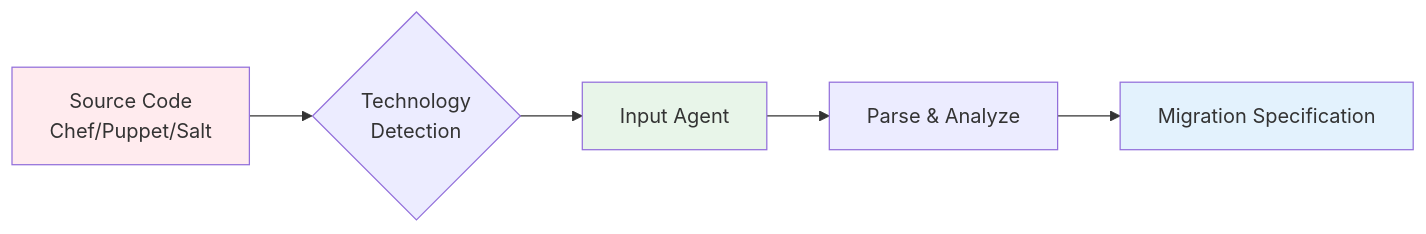
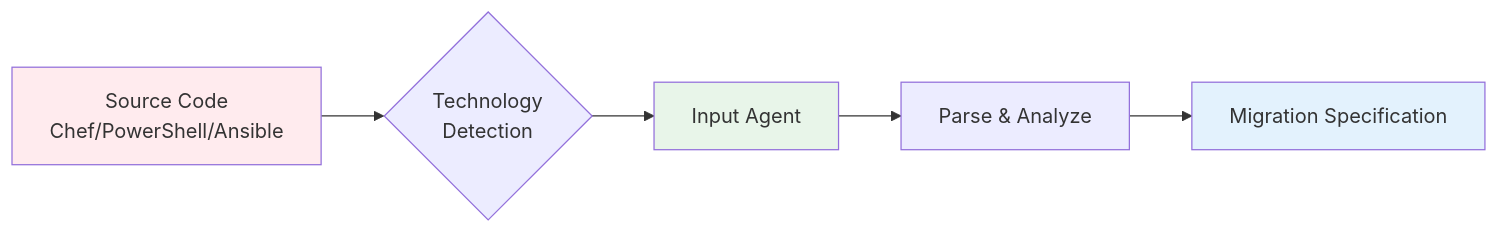
Before and after one commit to x2ansible/x2a-convertor: the first of 5 diagrams in docs/concepts/input-agents.md, drawn with Mermaid. The commit also changed other lines of this file and 25 other files, not shown here.

````diff
--- a/docs/concepts/input-agents.md
+++ b/docs/concepts/input-agents.md
@@ -21,11 +21,11 @@
 ```mermaid
 flowchart LR
-    Source[Source Code<br/>Chef/Puppet/Salt] --> Detect{Technology<br/>Detection}
+    Source[Source Code<br/>Chef/PowerShell/Ansible] --> Detect{Technology<br/>Detection}
     Detect --> Agent[Input Agent]
     Agent --> Parse[Parse & Analyze]
     Parse --> Spec[Migration Specification]
 
     style Source fill:#ffebee
     style Agent fill:#e8f5e9
     style Spec fill:#e3f2fd
 ```
````
